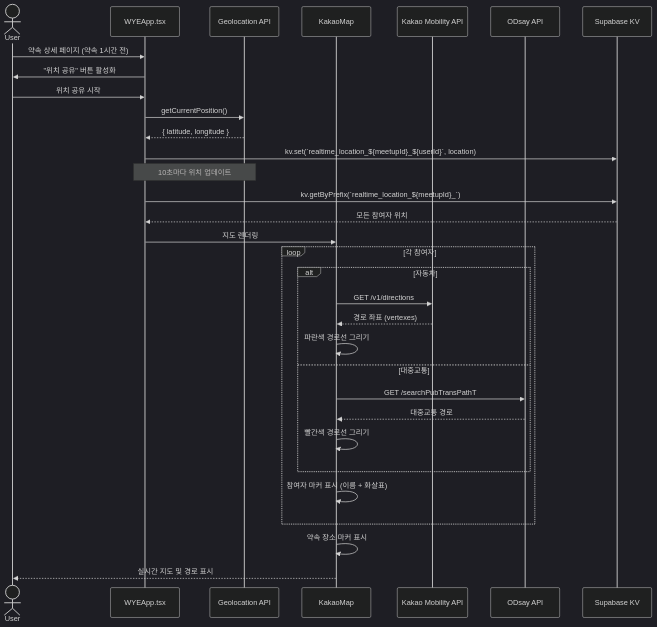
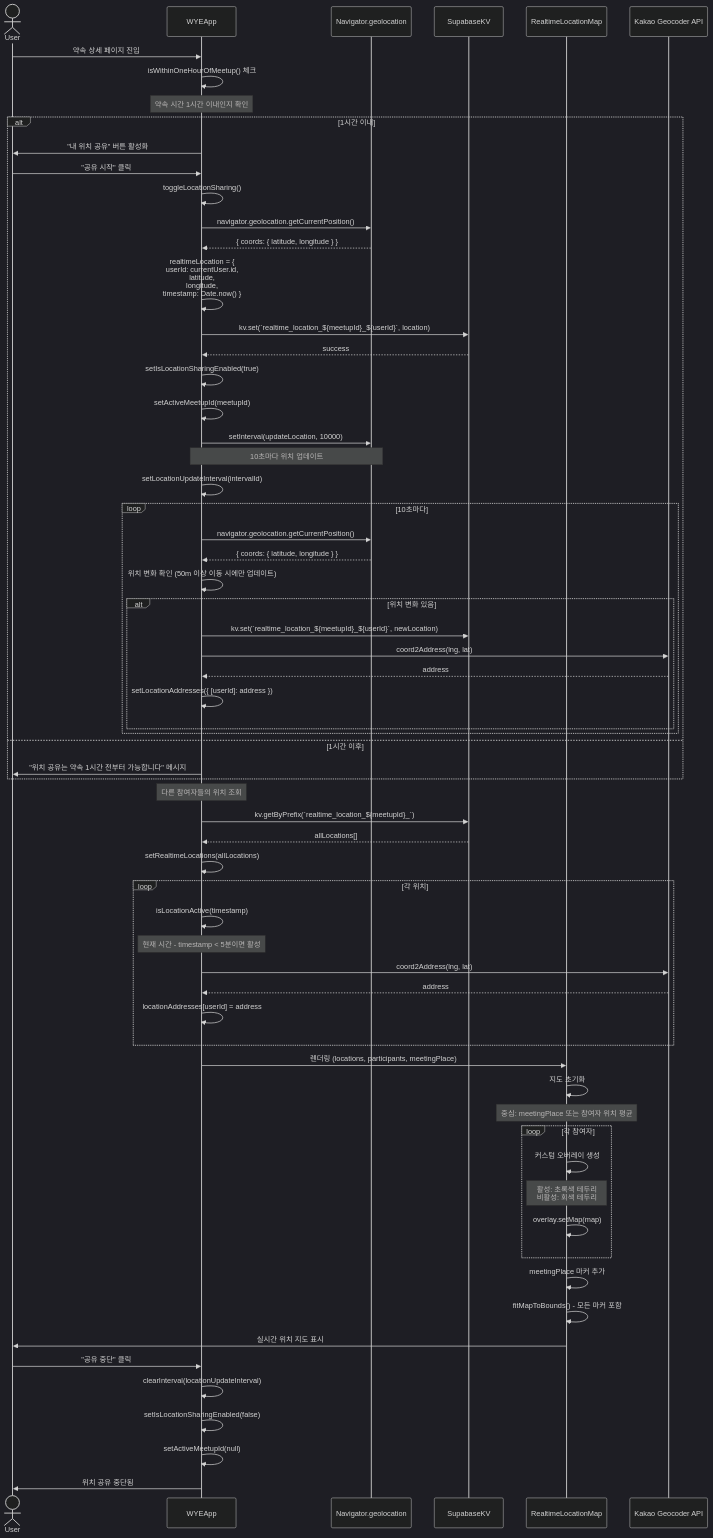
One commit to mongkwon/graduateproj1 changed the fifth of 8 diagrams in README.md. Above: the diagram before and after it, drawn with Mermaid (dark theme). The commit also changed other lines of this file, not shown here.

````diff
--- a/README.md
+++ b/README.md
@@ -72,41 +299,92 @@
 ```mermaid
 sequenceDiagram
     actor User
-    participant WYE as WYEApp.tsx
-    participant Browser as Geolocation API
-    participant KakaoMap
-    participant Mobility as Kakao Mobility API
-    participant ODsay as ODsay API
-    participant KV as Supabase KV
+    participant WYEApp
+    participant Browser as Navigator.geolocation
+    participant SupabaseKV
+    participant RealtimeLocationMap
+    participant KakaoGeocoder as Kakao Geocoder API
 
-    User->>WYE: 약속 상세 페이지 (약속 1시간 전)
-    WYE->>User: "위치 공유" 버튼 활성화
+    User->>WYEApp: 약속 상세 페이지 진입
+    WYEApp->>WYEApp: isWithinOneHourOfMeetup() 체크
+    Note over WYEApp: 약속 시간 1시간 이내인지 확인
     
-    User->>WYE: 위치 공유 시작
-    WYE->>Browser: getCurrentPosition()
-    Browser-->>WYE: { latitude, longitude }
-    WYE->>KV: kv.set(`realtime_location_${meetupId}_${userId}`, location)
+    alt 1시간 이내
+        WYEApp->>User: "내 위치 공유" 버튼 활성화
+        
+        User->>WYEApp: "공유 시작" 클릭
+        WYEApp->>WYEApp: toggleLocationSharing()
+        
+        WYEApp->>Browser: navigator.geolocation.getCurrentPosition()
+        Browser-->>WYEApp: { coords: { latitude, longitude } }
+        
+        WYEApp->>WYEApp: realtimeLocation = {<br/>userId: currentUser.id,<br/>latitude,<br/>longitude,<br/>timestamp: Date.now() }
+        
+        WYEApp->>SupabaseKV: kv.set(`realtime_location_${meetupId}_${userId}`, location)
+        SupabaseKV-->>WYEApp: success
+        
+        WYEApp->>WYEApp: setIsLocationSharingEnabled(true)
+        WYEApp->>WYEApp: setActiveMeetupId(meetupId)
+        
+        WYEApp->>Browser: setInterval(updateLocation, 10000)
+        Note over WYEApp,Browser: 10초마다 위치 업데이트
+        
+        WYEApp->>WYEApp: setLocationUpdateInterval(intervalId)
+        
+        loop 10초마다
+            WYEApp->>Browser: navigator.geolocation.getCurrentPosition()
+            Browser-->>WYEApp: { coords: { latitude, longitude } }
+            
+            WYEApp->>WYEApp: 위치 변화 확인 (50m 이상 이동 시에만 업데이트)
+            
+            alt 위치 변화 있음
+                WYEApp->>SupabaseKV: kv.set(`realtime_location_${meetupId}_${userId}`, newLocation)
+                WYEApp->>KakaoGeocoder: coord2Address(lng, lat)
+                KakaoGeocoder-->>WYEApp: address
+                WYEApp->>WYEApp: setLocationAddresses({ [userId]: address })
+            end
+        end
+        
+    else 1시간 이후
+        WYEApp->>User: "위치 공유는 약속 1시간 전부터 가능합니다" 메시지
+    end
     
-    Note over WYE,Browser: 10초마다 위치 업데이트
+    Note over WYEApp: 다른 참여자들의 위치 조회
     
-    WYE->>KV: kv.getByPrefix(`realtime_location_${meetupId}_`)
-    KV-->>WYE: 모든 참여자 위치
+    WYEApp->>SupabaseKV: kv.getByPrefix(`realtime_location_${meetupId}_`)
+    SupabaseKV-->>WYEApp: allLocations[]
     
-    WYE->>KakaoMap: 지도 렌더링
+    WYEApp->>WYEApp: setRealtimeLocations(allLocations)
+    
+    loop 각 위치
+        WYEApp->>WYEApp: isLocationActive(timestamp)
+        Note over WYEApp: 현재 시간 - timestamp < 5분이면 활성
+        
+        WYEApp->>KakaoGeocoder: coord2Address(lng, lat)
+        KakaoGeocoder-->>WYEApp: address
+        WYEApp->>WYEApp: locationAddresses[userId] = address
+    end
+    
+    WYEApp->>RealtimeLocationMap: 렌더링 (locations, participants, meetingPlace)
+    
+    RealtimeLocationMap->>RealtimeLocationMap: 지도 초기화
+    Note over RealtimeLocationMap: 중심: meetingPlace 또는 참여자 위치 평균
     
     loop 각 참여자
-        alt 자동차
-            KakaoMap->>Mobility: GET /v1/directions
-            Mobility-->>KakaoMap: 경로 좌표 (vertexes)
-            KakaoMap->>KakaoMap: 파란색 경로선 그리기
-        else 대중교통
-            KakaoMap->>ODsay: GET /searchPubTransPathT
-            ODsay-->>KakaoMap: 대중교통 경로
-            KakaoMap->>KakaoMap: 빨간색 경로선 그리기
-        end
-        KakaoMap->>KakaoMap: 참여자 마커 표시 (이름 + 화살표)
+        RealtimeLocationMap->>RealtimeLocationMap: 커스텀 오버레이 생성
+        Note over RealtimeLocationMap: 활성: 초록색 테두리<br/>비활성: 회색 테두리
+        
+        RealtimeLocationMap->>RealtimeLocationMap: overlay.setMap(map)
     end
     
-    KakaoMap->>KakaoMap: 약속 장소 마커 표시
-    KakaoMap-->>User: 실시간 지도 및 경로 표시
+    RealtimeLocationMap->>RealtimeLocationMap: meetingPlace 마커 추가
+    RealtimeLocationMap->>RealtimeLocationMap: fitMapToBounds() - 모든 마커 포함
+    
+    RealtimeLocationMap->>User: 실시간 위치 지도 표시
+    
+    User->>WYEApp: "공유 중단" 클릭
+    WYEApp->>WYEApp: clearInterval(locationUpdateInterval)
+    WYEApp->>WYEApp: setIsLocationSharingEnabled(false)
+    WYEApp->>WYEApp: setActiveMeetupId(null)
+    WYEApp->>User: 위치 공유 중단됨
 ```
````
